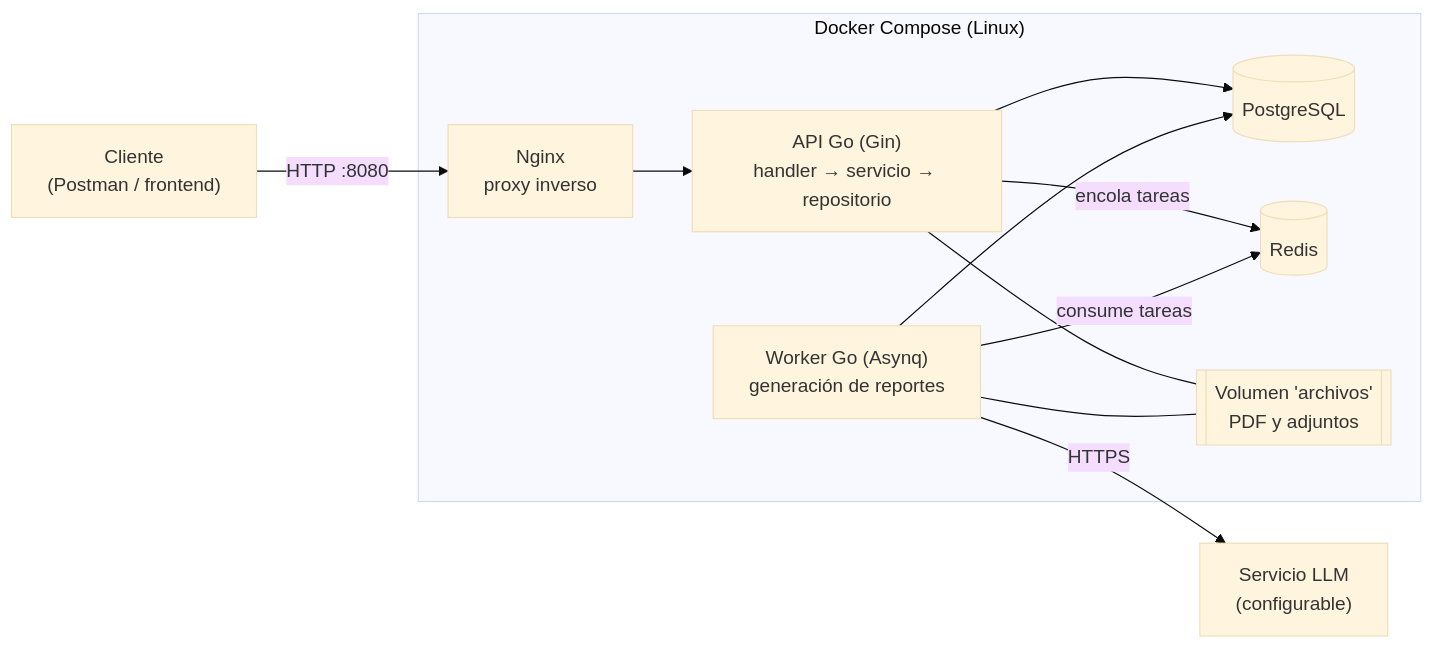
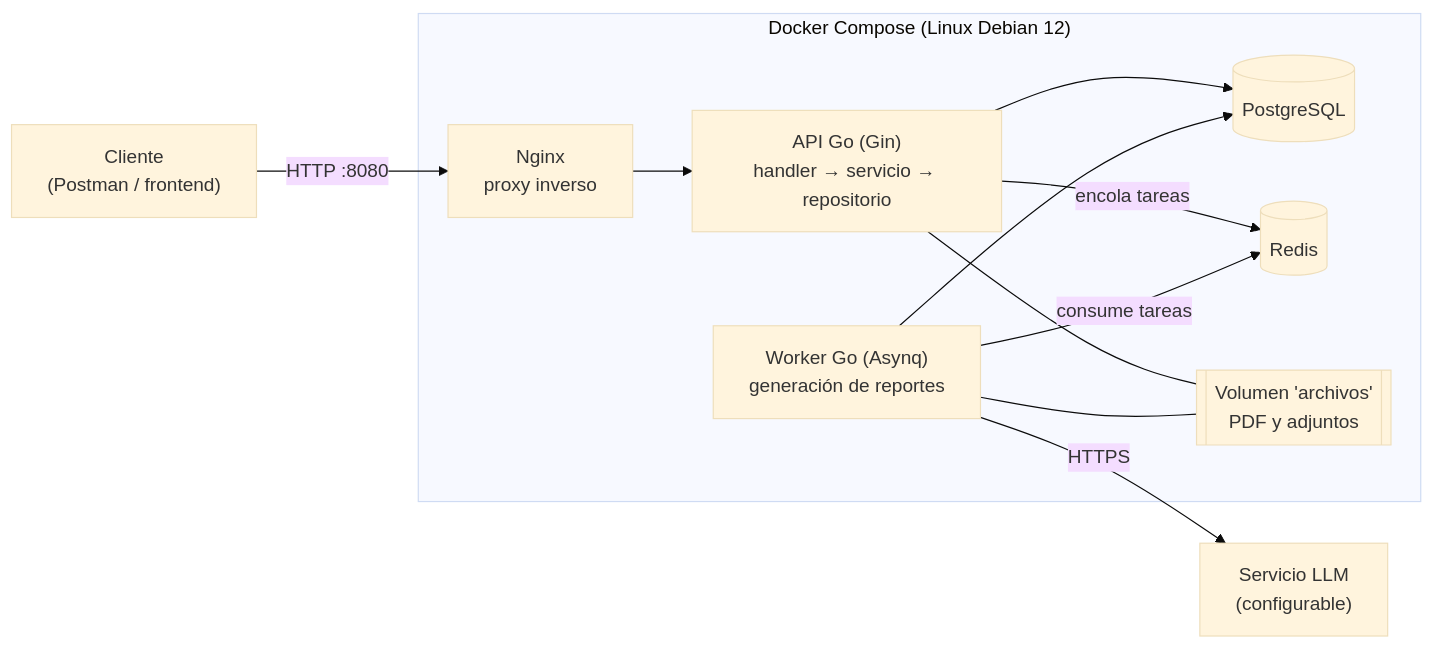
One commit to JuanVargas0325/Prueba changed the first of 2 diagrams in README.md. Above: the diagram before and after it, drawn with Mermaid (base theme). The commit also changed other lines of this file and 5 other files, not shown here.

````diff
--- a/README.md
+++ b/README.md
@@ -41,14 +41,14 @@
 ```mermaid
 flowchart LR
     cliente["Cliente<br/>(Postman / frontend)"] -->|HTTP :8080| nginx["Nginx<br/>proxy inverso"]
-    subgraph compose["Docker Compose (Linux)"]
+    subgraph compose["Docker Compose (Linux Debian 12)"]
         nginx --> api["API Go (Gin)<br/>handler → servicio → repositorio"]
         api --> pg[("PostgreSQL")]
         api -->|encola tareas| redis[("Redis")]
         worker["Worker Go (Asynq)<br/>generación de reportes"] -->|consume tareas| redis
         worker --> pg
         api --- vol[["Volumen 'archivos'<br/>PDF y adjuntos"]]
         worker --- vol
     end
     worker -->|HTTPS| llm["Servicio LLM<br/>(configurable)"]
 ```
````
